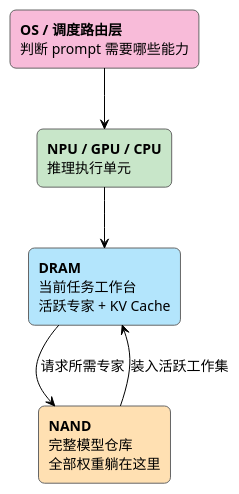
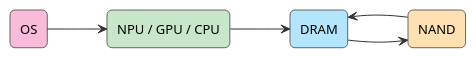
One commit to johnsonlee/blog changed the diagram in source/_posts/ai-pc-local-inference.md. Above: the diagram before and after it, drawn with PlantUML. The commit also changed 1 other file, not shown here.

Commit message:
fix ai pc diagram layout

````diff
--- a/source/_posts/ai-pc-local-inference.md
+++ b/source/_posts/ai-pc-local-inference.md
@@ -116,22 +116,25 @@
 ```plantuml
 @startuml
 !theme plain
+left to right direction
 skinparam backgroundColor white
 skinparam defaultFontName Arial
-skinparam defaultFontSize 14
+skinparam defaultFontSize 13
+skinparam ArrowColor #333333
 skinparam rectangle {
-    RoundCorner 12
+    RoundCorner 10
     BorderColor #666666
+    Padding 18
 }
 
-rectangle "**OS / 调度路由层**\n判断 prompt 需要哪些能力" as os #F8BBD9
-rectangle "**NPU / GPU / CPU**\n推理执行单元" as exec #C8E6C9
-rectangle "**DRAM**\n当前任务工作台\n活跃专家 + KV Cache" as dram #B3E5FC
-rectangle "**NAND**\n完整模型仓库\n全部权重躺在这里" as nand #FFE0B2
+rectangle "OS" as os #F8BBD9
+rectangle "NPU / GPU / CPU" as exec #C8E6C9
+rectangle "DRAM" as dram #B3E5FC
+rectangle "NAND" as nand #FFE0B2
 
 os --> exec
 exec --> dram
-dram --> nand : 请求所需专家
-nand --> dram : 装入活跃工作集
+dram --> nand
+nand --> dram
 @enduml
 ```
````
